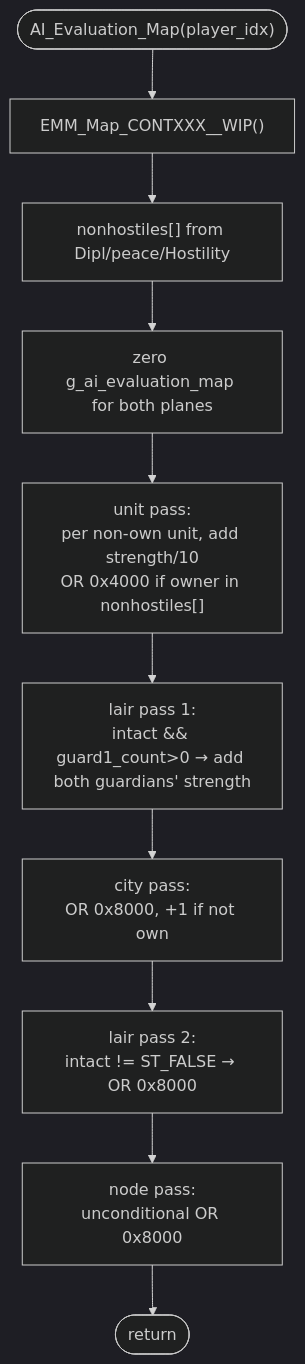
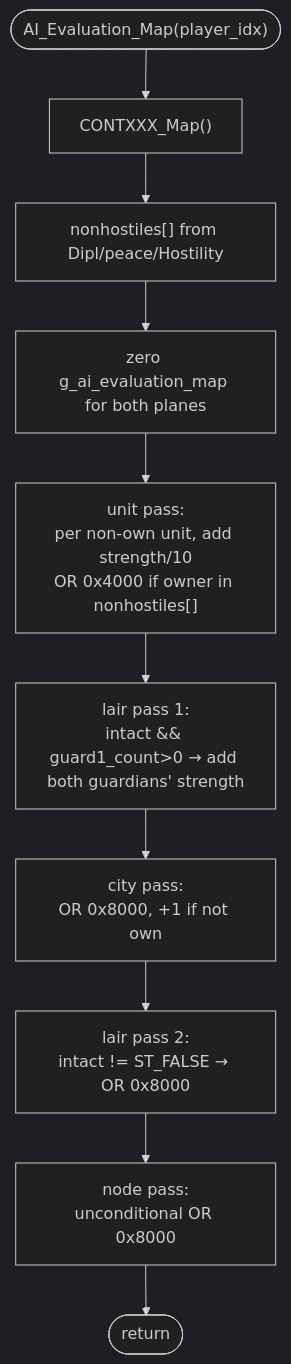
Before and after one commit to jbalcomb/ReMoM: the diagram in doc/ComputerPlayer/AIMOVE-AI_Evaluation_Map.md, drawn with Mermaid (dark theme). The commit also changed other lines of this file and 43 other files, not shown here.

Commit message:
done-done EMMDATAH_Map() and CONTXXX_Map()

````diff
--- a/doc/ComputerPlayer/AIMOVE-AI_Evaluation_Map.md
+++ b/doc/ComputerPlayer/AIMOVE-AI_Evaluation_Map.md
@@ -63,15 +63,15 @@
 ```mermaid
 flowchart TD
     Entry(["AI_Evaluation_Map(player_idx)"])
-    EMM["EMM_Map_CONTXXX__WIP()"]
+    EMM["CONTXXX_Map()"]
     NH["nonhostiles[] from Dipl/peace/Hostility"]
     Clear["zero g_ai_evaluation_map for both planes"]
     Units["unit pass:<br/>per non-own unit, add strength/10<br/>OR 0x4000 if owner in nonhostiles[]"]
     Lairs1["lair pass 1:<br/>intact && guard1_count>0 → add both guardians' strength"]
     Cities["city pass:<br/>OR 0x8000, +1 if not own"]
     Lairs2["lair pass 2:<br/>intact != ST_FALSE → OR 0x8000"]
     Nodes["node pass:<br/>unconditional OR 0x8000"]
     Done(["return"])
 
     Entry --> EMM --> NH --> Clear --> Units --> Lairs1 --> Cities --> Lairs2 --> Nodes --> Done
 ```
````
